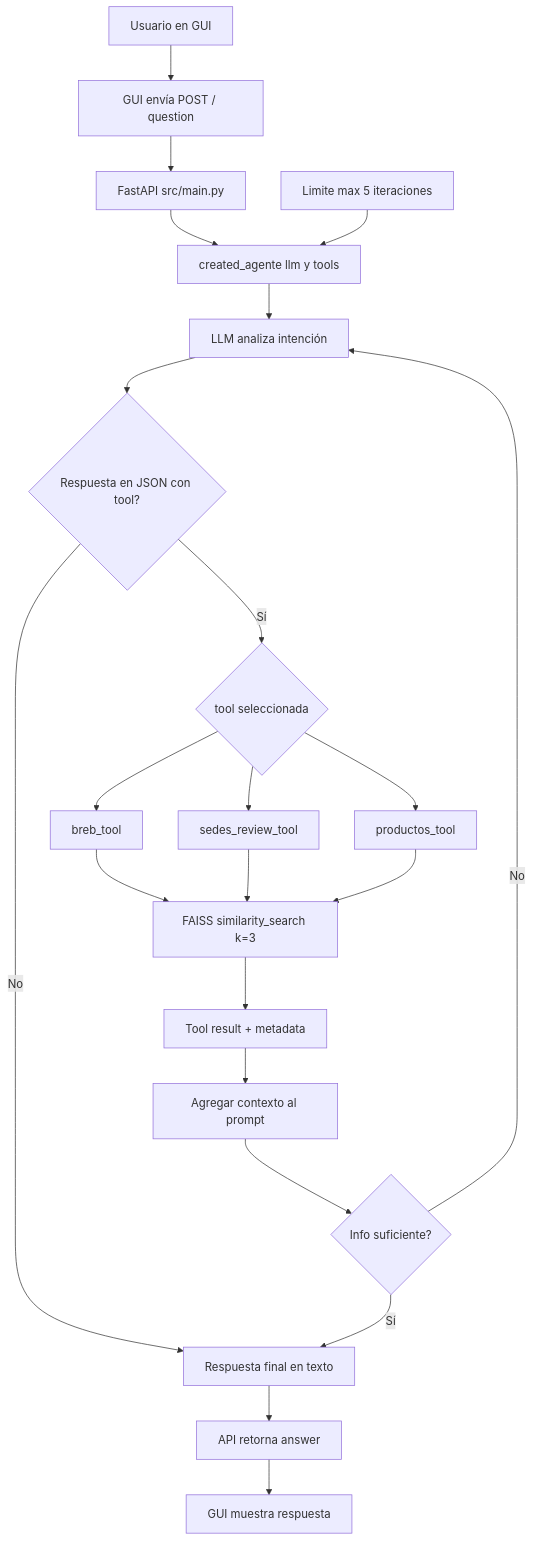
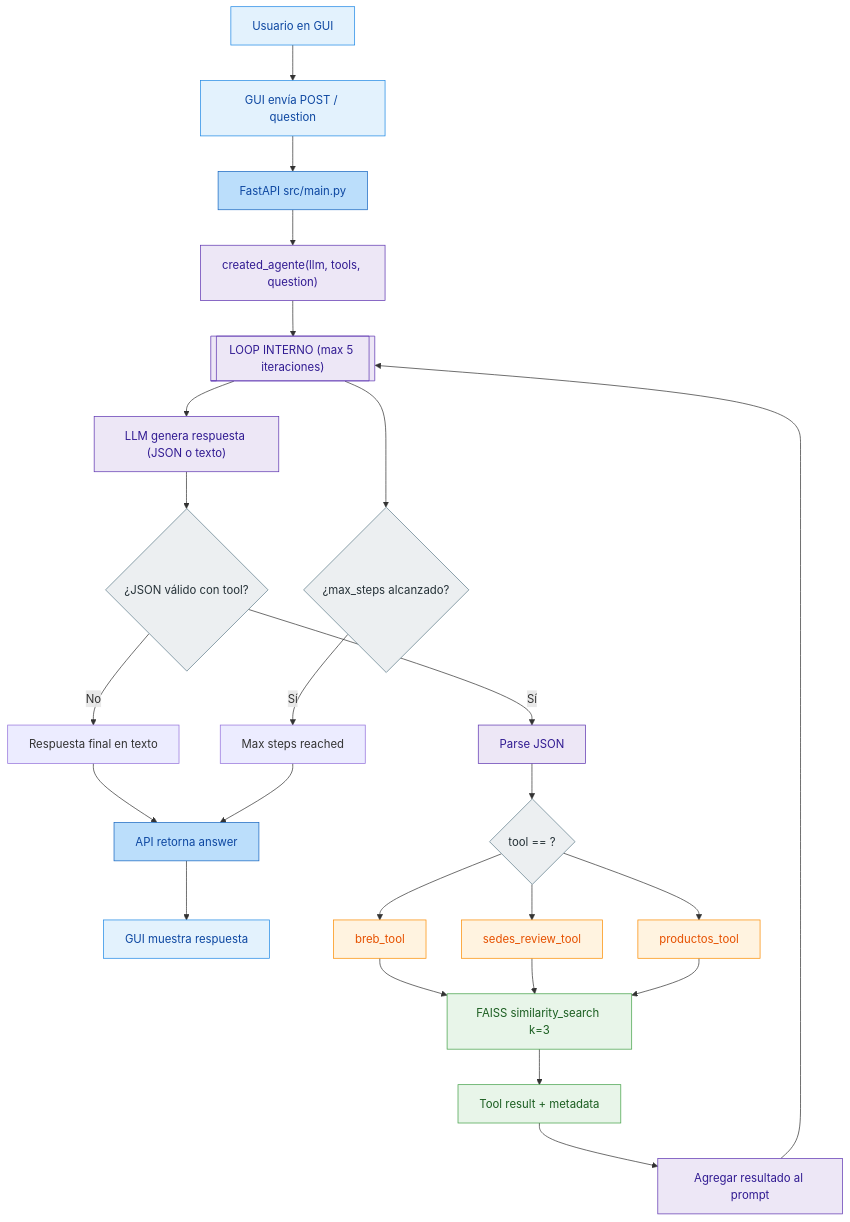
The diagram in doc/orchestrator_flow.md (JhonOlave03/pruebarag_bb), drawn with Mermaid before and after one commit. The commit also changed 17 other files, not shown here.

Commit message:
Documentación, Diagramas de flujos, sistema de logs, modificación de prompt, etc

````diff
--- a/doc/orchestrator_flow.md
+++ b/doc/orchestrator_flow.md
@@ -3,31 +3,53 @@
 ```mermaid
 flowchart TD
-    A[Usuario en GUI] --> B[GUI envía POST / question]
-    B --> C[FastAPI src/main.py]
-    C --> D[created_agente llm y tools]
+    A["Usuario en GUI"] --> B["GUI envía POST / question"]
+    B --> C["FastAPI src/main.py"]
+    C --> D["created_agente(llm, tools, question)"]
 
-    D --> E[LLM analiza intención]
-    E --> F{Respuesta en JSON con tool?}
+    D --> E[["LOOP INTERNO (max 5 iteraciones)"]]
 
-    F -- No --> G[Respuesta final en texto]
-    G --> H[API retorna answer]
-    H --> I[GUI muestra respuesta]
+    E --> F["LLM genera respuesta (JSON o texto)"]
 
-    F -- Sí --> J{tool seleccionada}
-    J --> J1[breb_tool]
-    J --> J2[sedes_review_tool]
-    J --> J3[productos_tool]
+    F --> G{"¿JSON válido con tool?"}
 
-    J1 --> K[FAISS similarity_search k=3]
-    J2 --> K
-    J3 --> K
+    G -- "No" --> H["Respuesta final en texto"]
+    H --> I["API retorna answer"]
+    I --> J["GUI muestra respuesta"]
 
-    K --> L[Tool result + metadata]
-    L --> M[Agregar contexto al prompt]
-    M --> N{Info suficiente?}
+    G -- "Sí" --> K["Parse JSON"]
 
-    N -- No --> E
-    N -- Sí --> G
+    K --> L{"tool == ?"}
+    L --> L1["breb_tool"]
+    L --> L2["sedes_review_tool"]
+    L --> L3["productos_tool"]
 
-    O[Limite max 5 iteraciones] --> D
+    L1 --> M["FAISS similarity_search k=3"]
+    L2 --> M
+    L3 --> M
+
+    M --> N["Tool result + metadata"]
+
+    N --> O["Agregar resultado al prompt"]
+
+    O --> E
+
+    E --> P{"¿max_steps alcanzado?"}
+    P -- "Sí" --> Q["Max steps reached"]
+    Q --> I
+
+    
+    classDef gui fill:#E3F2FD,stroke:#1E88E5,color:#0D47A1;
+    classDef api fill:#BBDEFB,stroke:#1565C0,color:#0D47A1;
+    classDef agent fill:#EDE7F6,stroke:#5E35B1,color:#311B92;
+    classDef rag fill:#E8F5E9,stroke:#43A047,color:#1B5E20;
+    classDef tools fill:#FFF3E0,stroke:#FB8C00,color:#E65100;
+    classDef decision fill:#ECEFF1,stroke:#607D8B,color:#263238;
+
+   
+    class A,B,J gui;
+    class C,I api;
+    class D,E,F,K,O agent;
+    class M,N rag;
+    class L1,L2,L3 tools;
+    class G,L,P decision;
 ```
````
